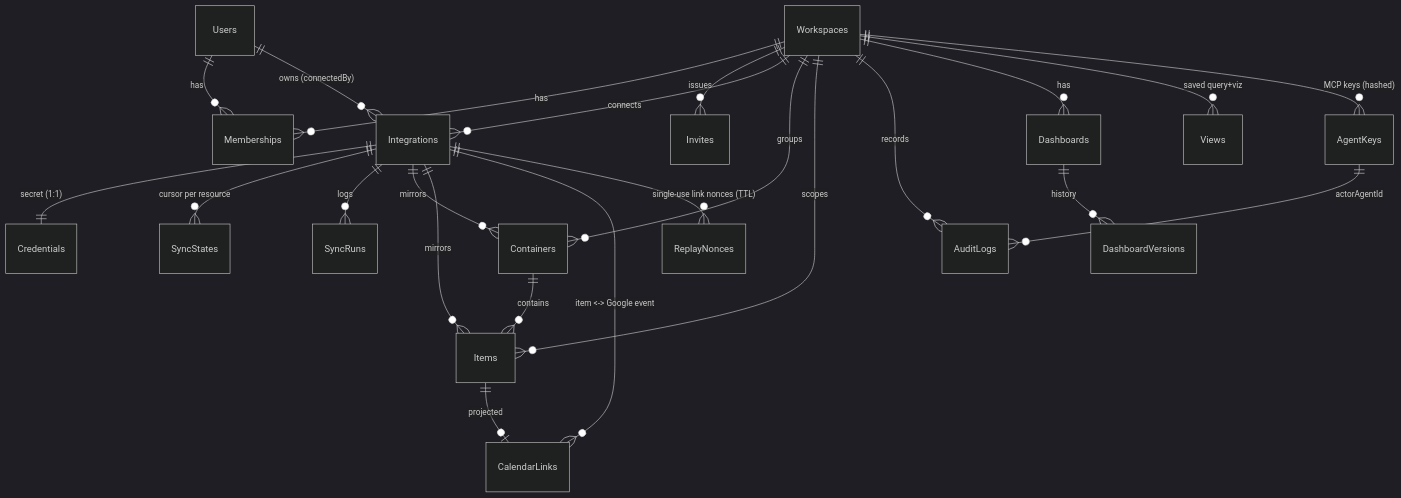
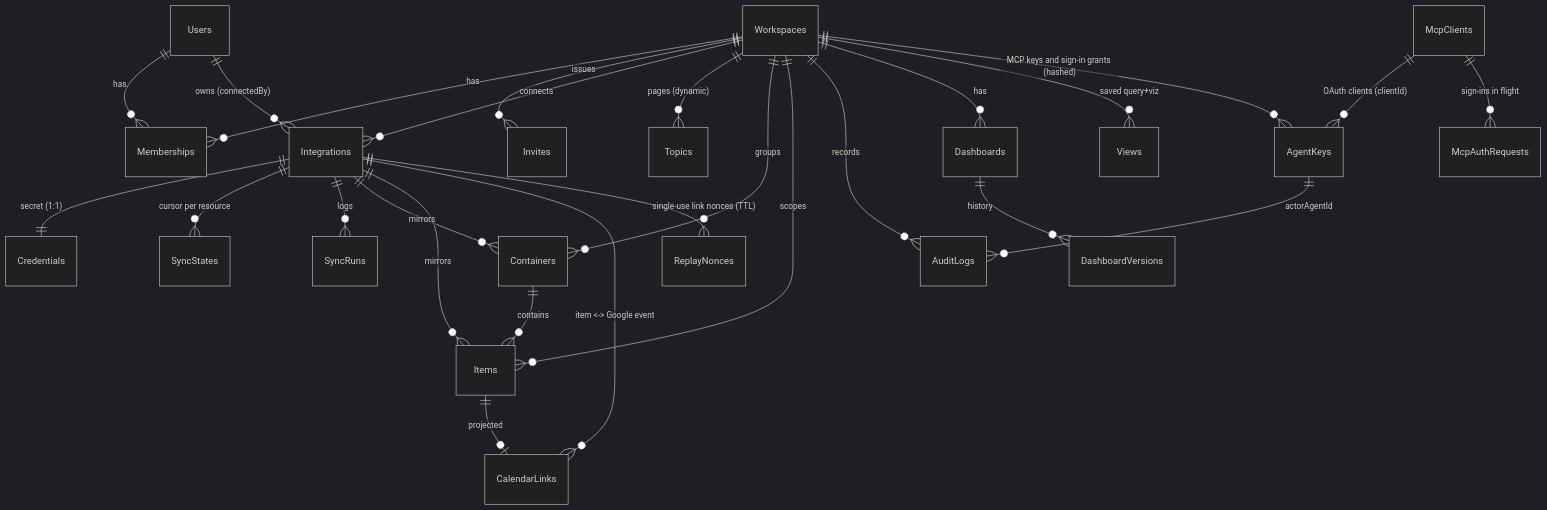
The diagram in docs/dashboard/DATA.md (shalev396/ToDoList), drawn with Mermaid (dark theme) before and after one commit. The commit also changed other lines of this file, not shown here.

````diff
--- a/docs/dashboard/DATA.md
+++ b/docs/dashboard/DATA.md
@@ -51,25 +51,28 @@
 ```mermaid
 erDiagram
   Users ||--o{ Memberships : has
   Workspaces ||--o{ Memberships : has
   Workspaces ||--o{ Invites : issues
   Workspaces ||--o{ Integrations : connects
   Users ||--o{ Integrations : "owns (connectedBy)"
   Integrations ||--|| Credentials : "secret (1:1)"
   Integrations ||--o{ SyncStates : "cursor per resource"
   Integrations ||--o{ SyncRuns : logs
+  Workspaces ||--o{ Topics : "pages (dynamic)"
   Workspaces ||--o{ Containers : groups
   Integrations ||--o{ Containers : mirrors
   Containers ||--o{ Items : contains
   Workspaces ||--o{ Items : scopes
   Integrations ||--o{ Items : mirrors
   Workspaces ||--o{ AuditLogs : records
   Workspaces ||--o{ Dashboards : has
   Dashboards ||--o{ DashboardVersions : "history"
   Workspaces ||--o{ Views : "saved query+viz"
-  Workspaces ||--o{ AgentKeys : "MCP keys (hashed)"
+  Workspaces ||--o{ AgentKeys : "MCP keys and sign-in grants (hashed)"
+  McpClients ||--o{ AgentKeys : "OAuth clients (clientId)"
+  McpClients ||--o{ McpAuthRequests : "sign-ins in flight"
   AgentKeys ||--o{ AuditLogs : "actorAgentId"
   Integrations ||--o{ CalendarLinks : "item <-> Google event"
   Items ||--o| CalendarLinks : projected
   Integrations ||--o{ ReplayNonces : "single-use link nonces (TTL)"
 ```
````
